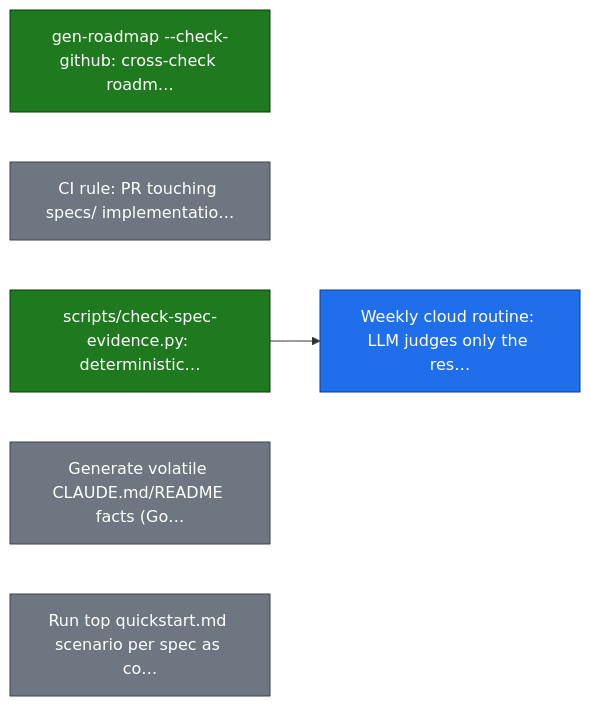
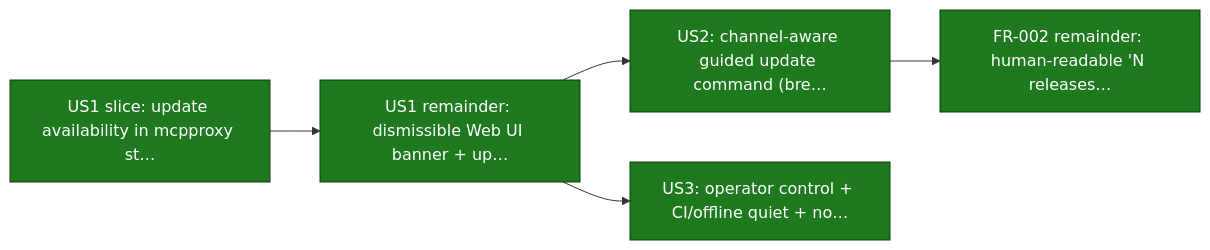
One commit to smart-mcp-proxy/mcpproxy-go changed diagram 14 of 21 in ROADMAP.md. Above: the diagram before and after it, drawn with Mermaid. The commit also changed other lines of this file and 2 other files, not shown here.

First line of the commit message:
chore(roadmap): truth-sync statuses against code, clear all --check-github warnings (#1136)

````diff
--- a/ROADMAP.md
+++ b/ROADMAP.md
@@ -477,18 +523,16 @@
 ```mermaid
 graph LR
-  hygiene_roadmap_github_check["gen-roadmap --check-github: cross-check roadm…"]
-  hygiene_tasks_reconcile["CI rule: PR touching specs/<id> implementatio…"]
-  hygiene_spec_evidence_check["scripts/check-spec-evidence.py: deterministic…"]
-  hygiene_spec_gardener["Weekly cloud routine: LLM judges only the res…"]
-  hygiene_docs_facts["Generate volatile CLAUDE.md/README facts (Go…"]
-  hygiene_quickstart_contract["Run top quickstart.md scenario per spec as co…"]
+  upgrade_nudge_status_log["US1 slice: update availability in mcpproxy st…"]
+  upgrade_nudge_surfacing["US1 remainder: dismissible Web UI banner + up…"]
+  upgrade_nudge_channel["US2: channel-aware guided update command (bre…"]
+  upgrade_nudge_quiet["US3: operator control + CI/offline quiet + no…"]
+  upgrade_nudge_delta["FR-002 remainder: human-readable 'N releases…"]
 
-  hygiene_spec_evidence_check --> hygiene_spec_gardener
+  upgrade_nudge_status_log --> upgrade_nudge_surfacing
+  upgrade_nudge_surfacing --> upgrade_nudge_channel
+  upgrade_nudge_surfacing --> upgrade_nudge_quiet
+  upgrade_nudge_channel --> upgrade_nudge_delta
 
   classDef done fill:#1f7a1f,stroke:#0d3d0d,color:#ffffff;
-  classDef in_progress fill:#1f6feb,stroke:#0b3d91,color:#ffffff;
-  classDef todo fill:#6e7781,stroke:#3d4248,color:#ffffff;
-  class hygiene_roadmap_github_check,hygiene_spec_evidence_check done;
-  class hygiene_spec_gardener in_progress;
-  class hygiene_tasks_reconcile,hygiene_docs_facts,hygiene_quickstart_contract todo;
+  class upgrade_nudge_status_log,upgrade_nudge_surfacing,upgrade_nudge_channel,upgrade_nudge_quiet,upgrade_nudge_delta done;
 ```
````
